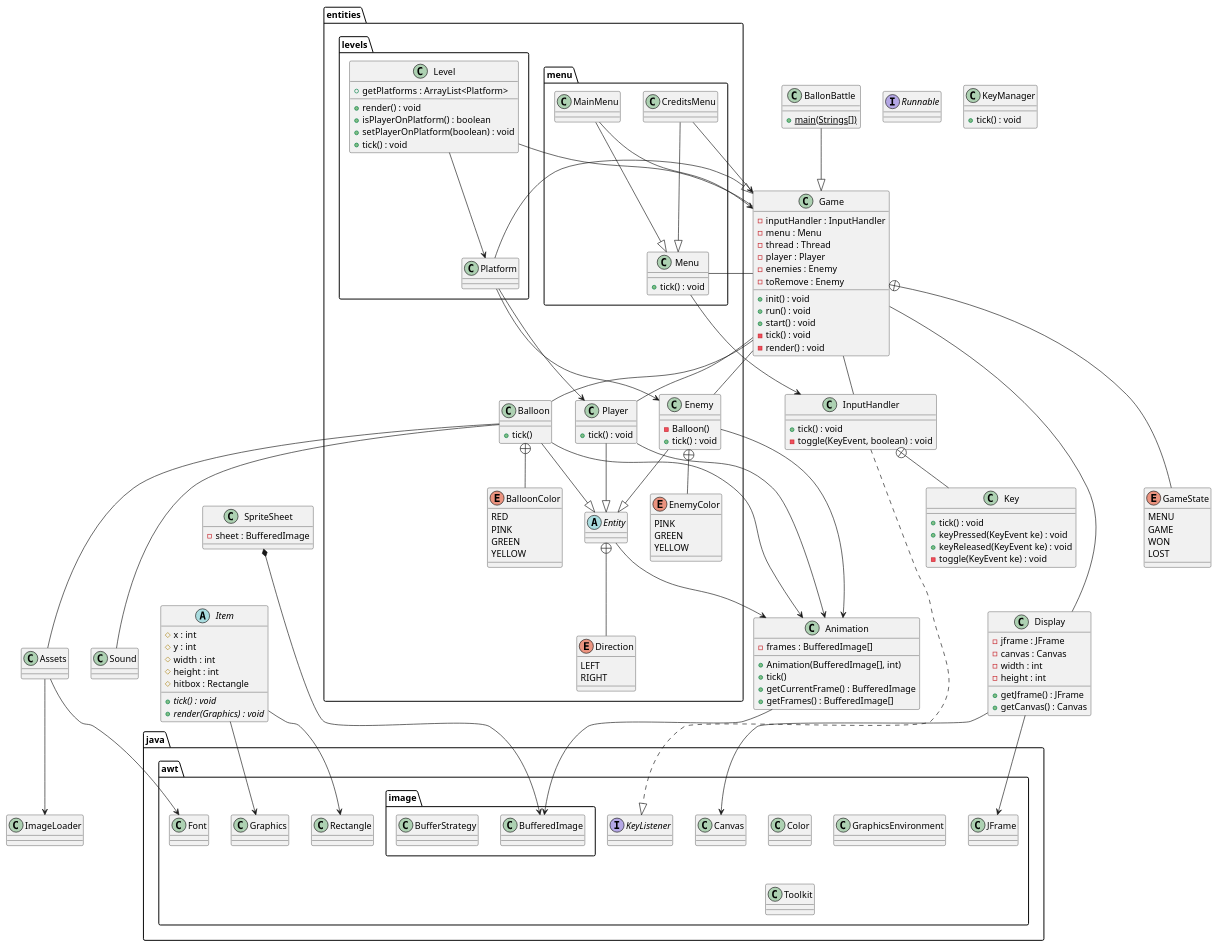
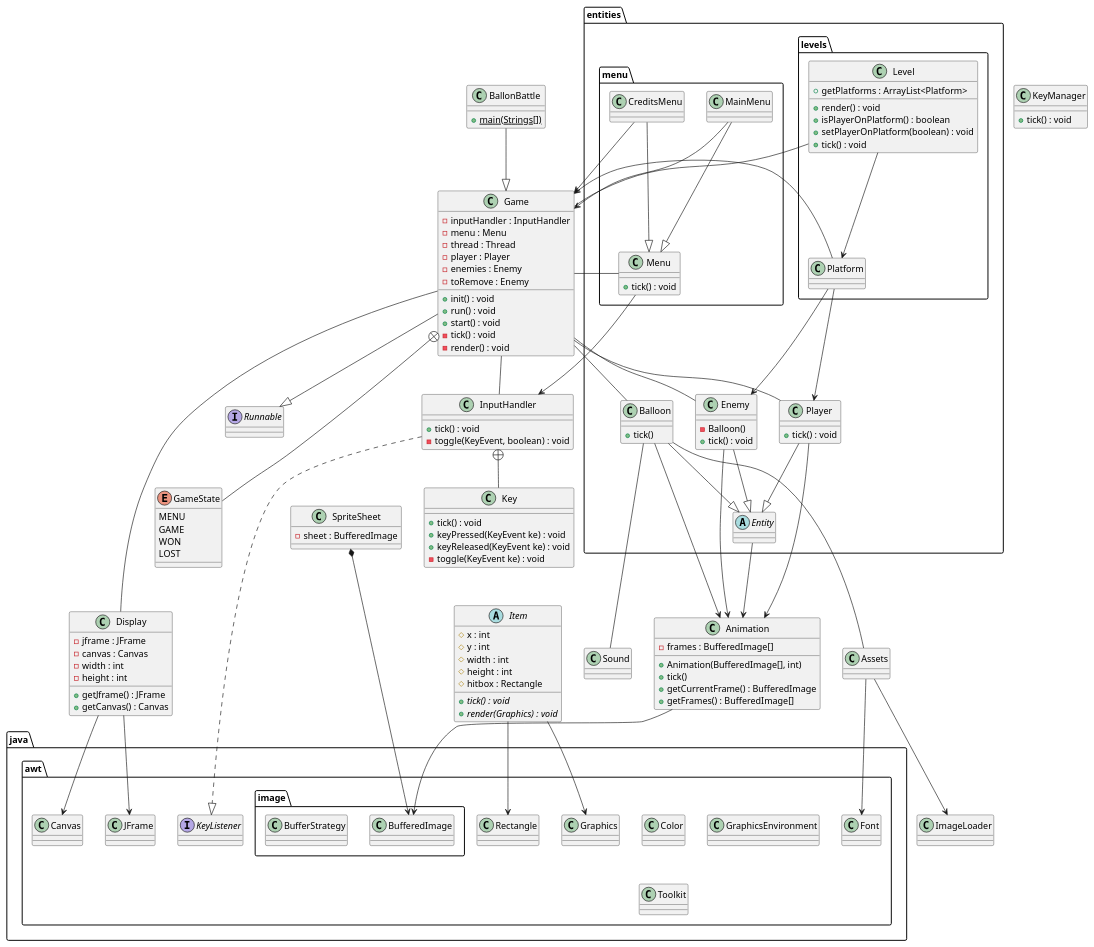
The diagram in doc/1-UML.puml (carl-stewart/balloon-battle), drawn with PlantUML before and after one commit. The commit also changed 1 other file, not shown here.

```diff
--- a/doc/1-UML.puml
+++ b/doc/1-UML.puml
@@ -97,12 +97,7 @@
     +tick()
     }
 
-    enum BalloonColor {
-        RED
-        PINK
-        GREEN
-        YELLOW
-    }
+
 
 
     class Enemy {
@@ -110,21 +105,13 @@
         + tick() : void
     }
 
-    enum EnemyColor {
-        PINK
-        GREEN
-        YELLOW
-    }
+
 
     abstract Entity {}
 
 
 
 
-    enum Direction {
-        LEFT
-        RIGHT
-    }
 
     class Player {
         + tick() : void
@@ -167,10 +154,10 @@
     }
 }
 BallonBattle --|> Game
-Balloon +-- BalloonColor
 Balloon --|> Entity
 
 Enemy --|> Entity
+Game --|> Runnable
 
 Player --|> Entity
 Player --> Animation
@@ -190,10 +177,8 @@
 Item --> Graphics
 InputHandler +-- Key
 
-Entity +-- Direction
 Entity --> Animation
 
-Enemy +-- EnemyColor
 Enemy --> Animation
 
 
@@ -206,7 +191,7 @@
 
 
 Game -- Level
-Game <|-- Platform
+Game <-- Platform
 
 Level --> Platform
 
```
